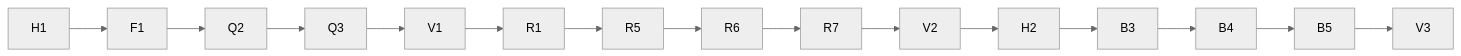
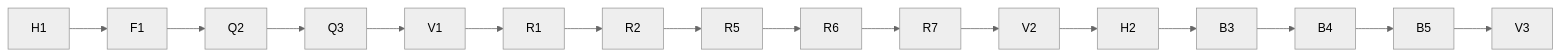
The diagram in docs/BACKLOG.md (AhmedNazihX/claude-plugins), drawn with Mermaid (neutral theme) before and after one commit. The commit also changed other lines of this file and 3 other files, not shown here.

````diff
--- a/docs/BACKLOG.md
+++ b/docs/BACKLOG.md
@@ -62,17 +70,18 @@
 ```mermaid
 flowchart LR
   H1 --> F1
   F1 --> Q2
   Q2 --> Q3
   Q3 --> V1
   V1 --> R1
-  R1 --> R5
+  R1 --> R2
+  R2 --> R5
   R5 --> R6
   R6 --> R7
   R7 --> V2
   V2 --> H2
   H2 --> B3
   B3 --> B4
   B4 --> B5
   B5 --> V3
 ```
````
